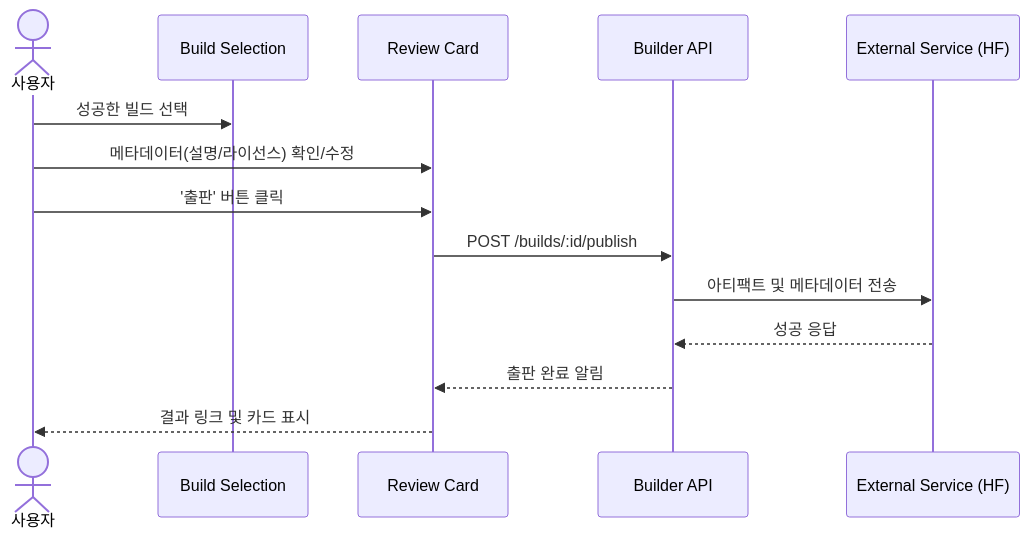
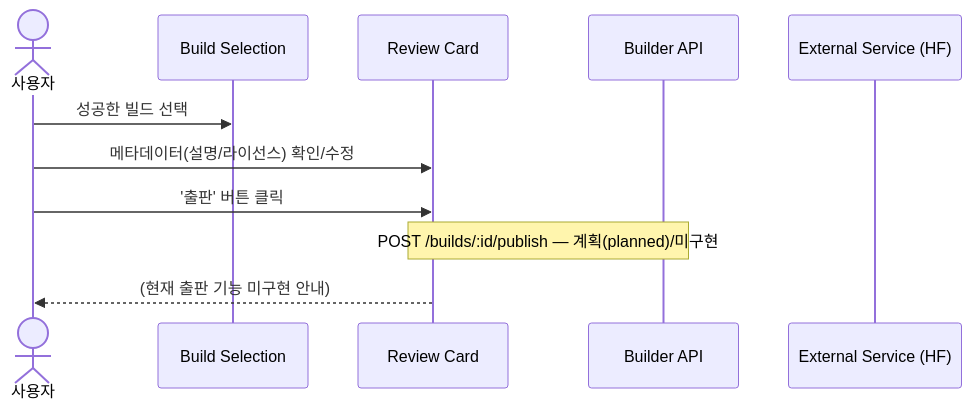
Before and after one commit to yeongseon/kpubdata-studio: the third of 4 diagrams in USER_FLOWS.md, drawn with Mermaid. The commit also changed other lines of this file and 4 other files, not shown here.

````diff
--- a/USER_FLOWS.md
+++ b/USER_FLOWS.md
@@ -83,17 +84,14 @@
 ```mermaid
 sequenceDiagram
     actor User as 사용자
     participant Select as Build Selection
     participant Review as Review Card
     participant BAPI as Builder API
     participant Ext as External Service (HF)
 
     User->>Select: 성공한 빌드 선택
     User->>Review: 메타데이터(설명/라이선스) 확인/수정
     User->>Review: '출판' 버튼 클릭
-    Review->>BAPI: POST /builds/:id/publish
-    BAPI->>Ext: 아티팩트 및 메타데이터 전송
-    Ext-->>BAPI: 성공 응답
-    BAPI-->>Review: 출판 완료 알림
-    Review-->>User: 결과 링크 및 카드 표시
+    Note over Review,BAPI: POST /builds/:id/publish — 계획(planned)/미구현
+    Review-->>User: (현재 출판 기능 미구현 안내)
 ```
````
